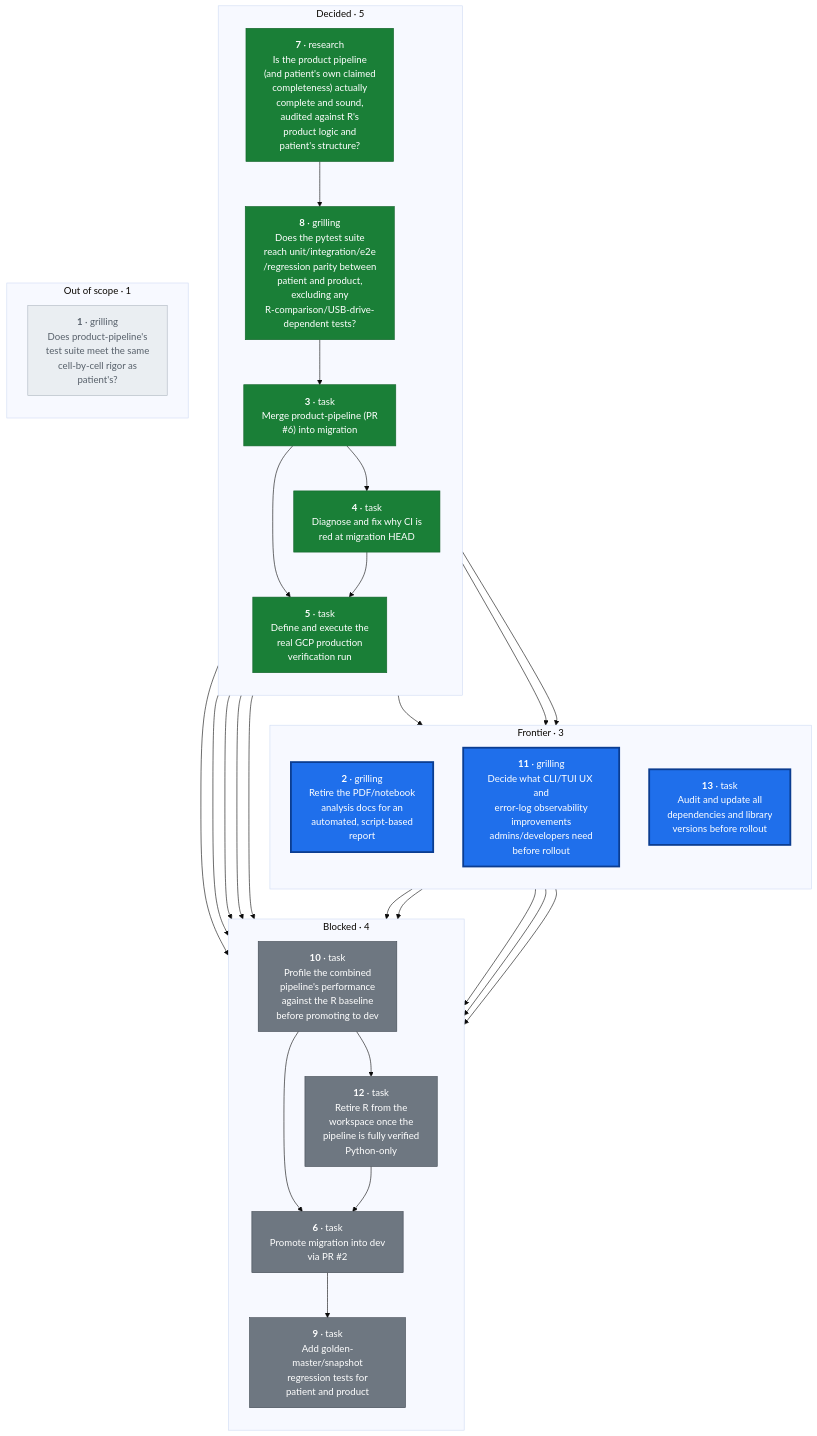
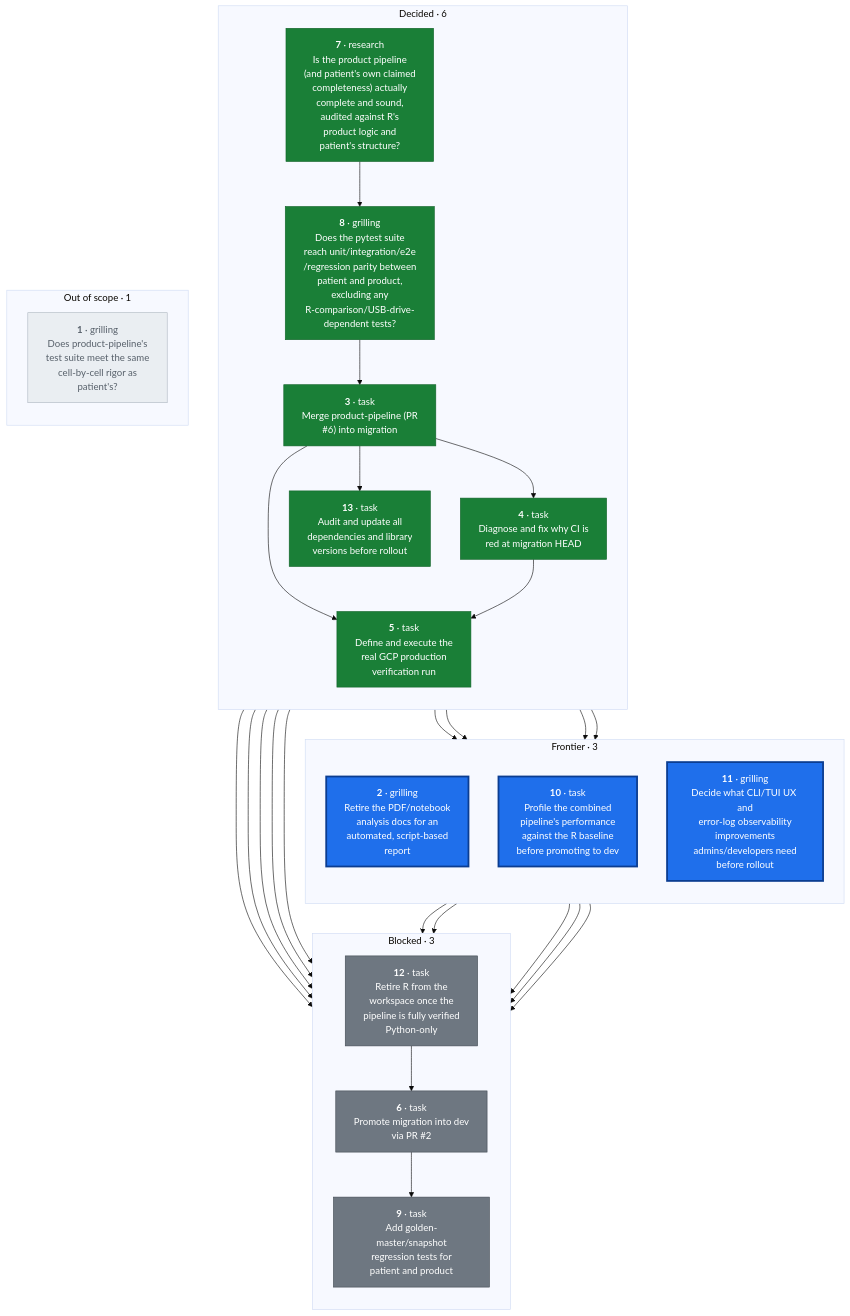
One commit to CorrelAid/a4d changed the diagram in docs/wayfinder/graph.mmd. Above: the diagram before and after it, drawn with Mermaid (base theme). The commit also changed 4 other files, not shown here.

```diff
--- a/docs/wayfinder/graph.mmd
+++ b/docs/wayfinder/graph.mmd
@@ -1,58 +1,58 @@
 flowchart TD
   subgraph FRONTIER["Frontier · 3"]
     direction TB
     T2["<b>2</b> · grilling<br/>Retire the PDF/notebook<br/>analysis docs for an<br/>automated, script-based<br/>report"]
+    T10["<b>10</b> · task<br/>Profile the combined<br/>pipeline's performance<br/>against the R baseline<br/>before promoting to dev"]
     T11["<b>11</b> · grilling<br/>Decide what CLI/TUI UX and<br/>error-log observability<br/>improvements<br/>admins/developers need<br/>before rollout"]
-    T13["<b>13</b> · task<br/>Audit and update all<br/>dependencies and library<br/>versions before rollout"]
   end
-  subgraph BLOCKED["Blocked · 4"]
+  subgraph BLOCKED["Blocked · 3"]
     direction TB
     T6["<b>6</b> · task<br/>Promote migration into dev<br/>via PR #2"]
     T9["<b>9</b> · task<br/>Add golden-master/snapshot<br/>regression tests for<br/>patient and product"]
-    T10["<b>10</b> · task<br/>Profile the combined<br/>pipeline's performance<br/>against the R baseline<br/>before promoting to dev"]
     T12["<b>12</b> · task<br/>Retire R from the<br/>workspace once the<br/>pipeline is fully verified<br/>Python-only"]
   end
-  subgraph DECIDED["Decided · 5"]
+  subgraph DECIDED["Decided · 6"]
     direction TB
     T3["<b>3</b> · task<br/>Merge product-pipeline (PR<br/>#6) into migration"]
     T4["<b>4</b> · task<br/>Diagnose and fix why CI is<br/>red at migration HEAD"]
     T5["<b>5</b> · task<br/>Define and execute the<br/>real GCP production<br/>verification run"]
     T7["<b>7</b> · research<br/>Is the product pipeline<br/>(and patient's own claimed<br/>completeness) actually<br/>complete and sound,<br/>audited against R's<br/>product logic and<br/>patient's structure?"]
     T8["<b>8</b> · grilling<br/>Does the pytest suite<br/>reach unit/integration/e2e<br/>/regression parity between<br/>patient and product,<br/>excluding any<br/>R-comparison/USB-drive-<br/>dependent tests?"]
+    T13["<b>13</b> · task<br/>Audit and update all<br/>dependencies and library<br/>versions before rollout"]
   end
   subgraph DROPPED["Out of scope · 1"]
     direction TB
     T1["<b>1</b> · grilling<br/>Does product-pipeline's<br/>test suite meet the same<br/>cell-by-cell rigor as<br/>patient's?"]
   end
 
   T2 --> T6
   T2 --> T12
   T3 --> T2
   T3 --> T4
   T3 --> T5
   T3 --> T6
   T3 --> T10
   T3 --> T11
   T3 --> T13
   T4 --> T5
   T4 --> T6
   T5 --> T6
   T6 --> T9
   T7 --> T8
   T8 --> T3
   T8 --> T6
   T10 --> T6
   T10 --> T12
   T11 --> T6
   T12 --> T6
   T13 --> T6
   T13 --> T10
 
   classDef frontier fill:#1f6feb,stroke:#0b3d91,stroke-width:3px,color:#ffffff
-  class T2,T11,T13 frontier
+  class T2,T10,T11 frontier
   classDef blocked fill:#6e7781,stroke:#424a53,stroke-width:1px,color:#ffffff
-  class T6,T9,T10,T12 blocked
+  class T6,T9,T12 blocked
   classDef decided fill:#1a7f37,stroke:#116329,stroke-width:1px,color:#ffffff
-  class T3,T4,T5,T7,T8 decided
+  class T3,T4,T5,T7,T8,T13 decided
   classDef dropped fill:#eaeef2,stroke:#afb8c1,stroke-width:1px,color:#57606a
   class T1 dropped
```
